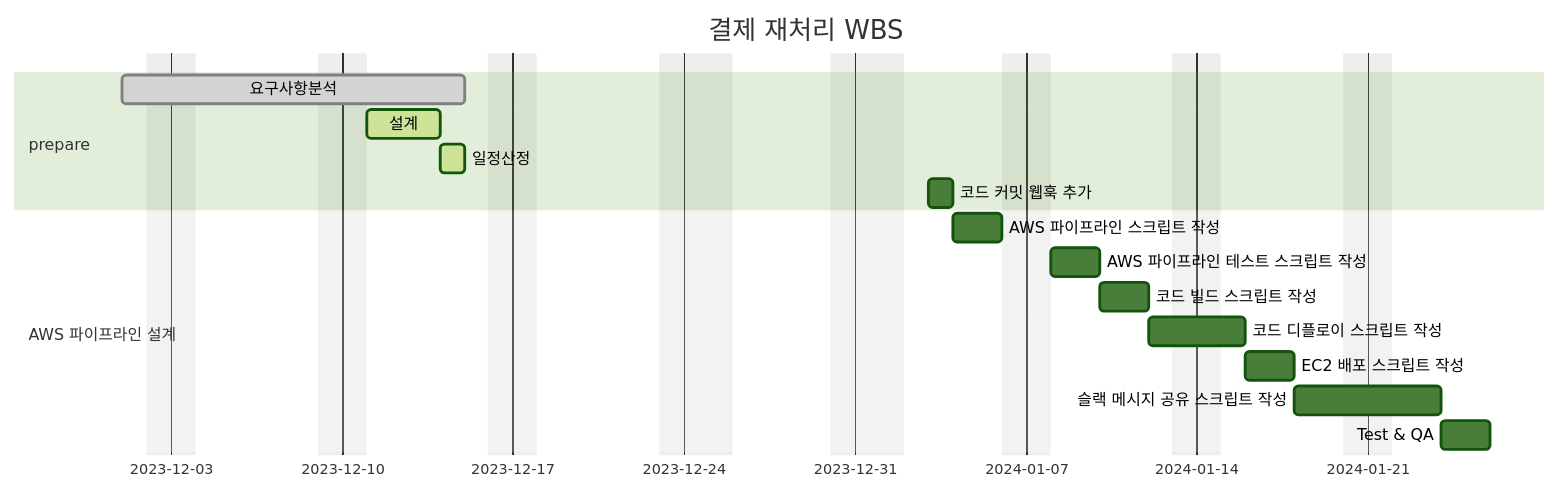
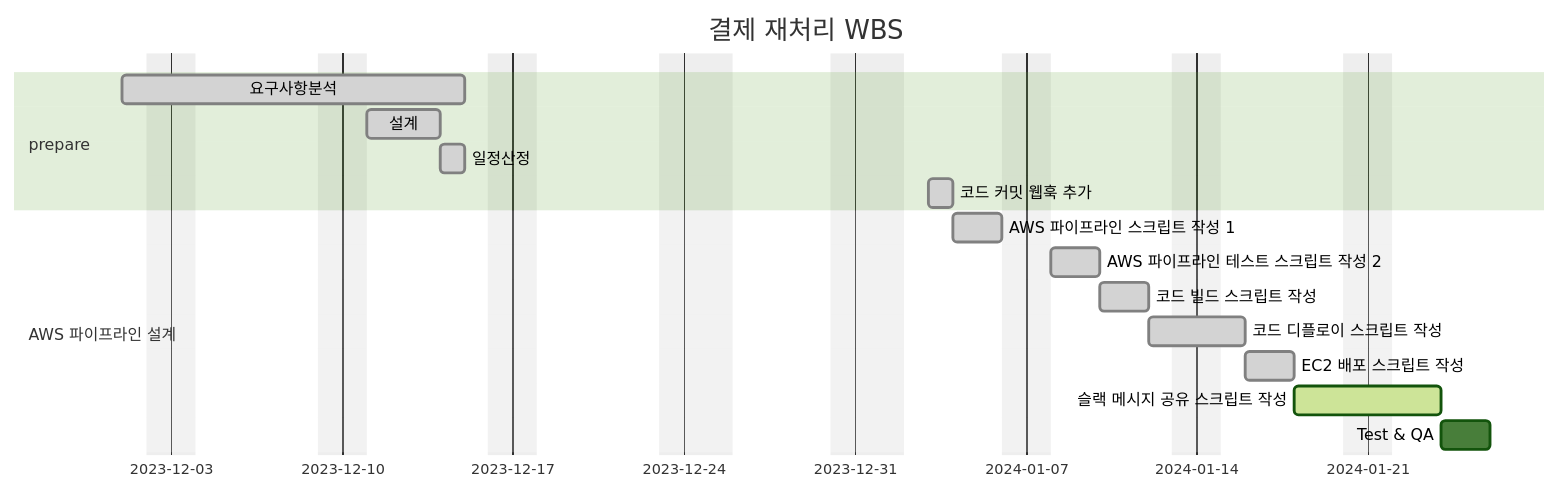
Before and after one commit to next-step/career-wbs: the third of 3 diagrams in WBS-Deploy.md, drawn with Mermaid (forest theme). The commit also changed other lines of this file, not shown here.

Commit message:
docs: deploy 일정 update

````diff
--- a/WBS-Deploy.md
+++ b/WBS-Deploy.md
@@ -104,24 +104,24 @@
 ```mermaid
 gantt
     dateFormat  YYYY-MM-DD
     title       결제 재처리 WBS
     excludes    weekends, 2023-12-25, 2024-01-01
     %% (`excludes` accepts specific dates in YYYY-MM-DD format, days of the week ("sunday") or "weekends", but not the word "weekdays".)
 
     section prepare
     요구사항분석                                     :done,    des1, 2023-12-01, 10d
-    설계                                           :active,  des2, 2023-12-11, 3d
-    일정산정                                        :active, des3, after des2, 1d
-    코드 커밋 웹훅 추가                              :des4, 2024-01-03, 1d
+    설계                                           :done,  des2, 2023-12-11, 3d
+    일정산정                                        :done, des3, after des2, 1d
+    코드 커밋 웹훅 추가                              :done, des4, 2024-01-03, 1d
 
     section AWS 파이프라인 설계
-    AWS 파이프라인 스크립트 작성                      :b1, after des4, 2d
-    AWS 파이프라인 테스트 스크립트 작성                :b2, after b1, 2d
-    코드 빌드 스크립트 작성                          :c1, after b2, 2d
-    코드 디플로이 스크립트 작성                       :c2, after c1, 2d
-    EC2 배포 스크립트 작성                          :c3, after c2  , 2d
-    슬랙 메시지 공유 스크립트 작성                    :c4, after c3  , 4d
+    AWS 파이프라인 스크립트 작성 1                     :done, b1, after des4, 2d
+    AWS 파이프라인 테스트 스크립트 작성 2               :done, b2, after b1, 2d
+    코드 빌드 스크립트 작성                          :done, c1, after b2, 2d
+    코드 디플로이 스크립트 작성                       :done, c2, after c1, 2d
+    EC2 배포 스크립트 작성                          :done, c3, after c2  , 2d
+    슬랙 메시지 공유 스크립트 작성                    :active, c4, after c3  , 4d
 
     Test & QA                           :after c4, 2d
 
 ```
````
